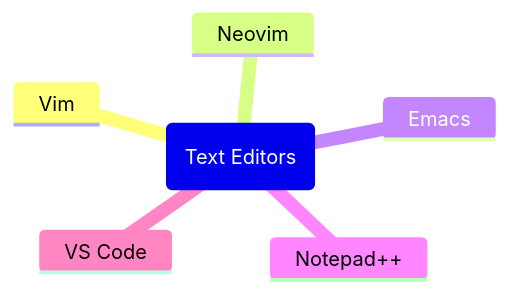
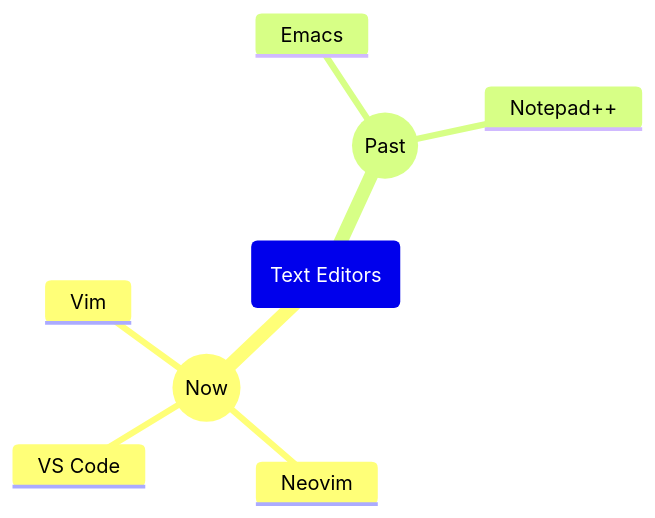
The fourth of 6 diagrams in README.md (frefolli/frefolli), drawn with Mermaid before and after one commit. The commit also changed other lines of this file and 1 other file, not shown here.

````diff
--- a/README.md
+++ b/README.md
@@ -42,9 +86,11 @@
 ```mermaid
 mindmap
   root(Text Editors)
-    Vim
-    Neovim
-    Emacs
-    Notepad++
-    VS Code
+    ((Now))
+      Vim
+      Neovim
+      VS Code
+    ((Past))
+      Emacs
+      Notepad++
 ```
````
